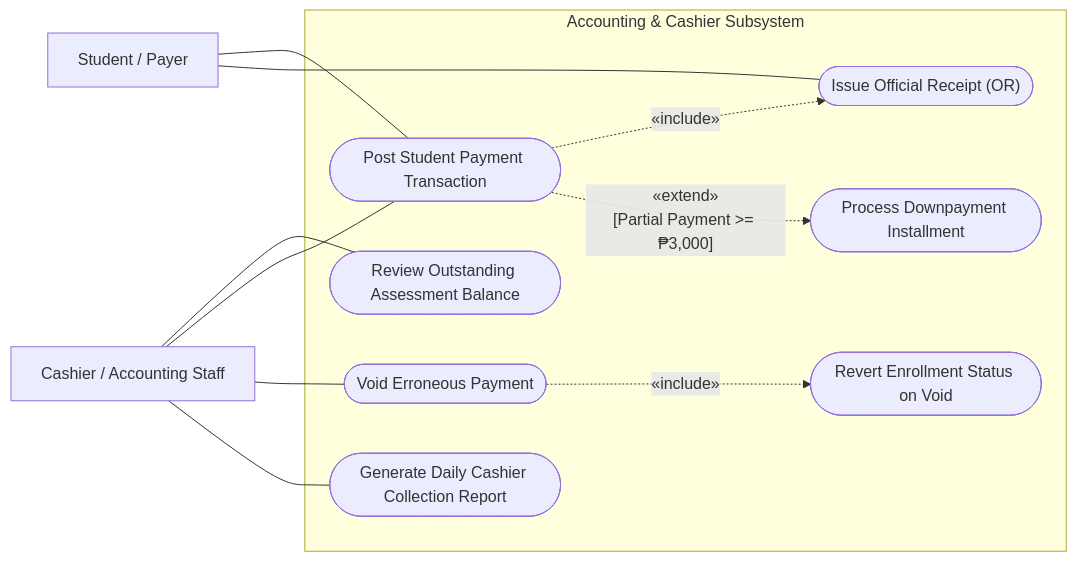
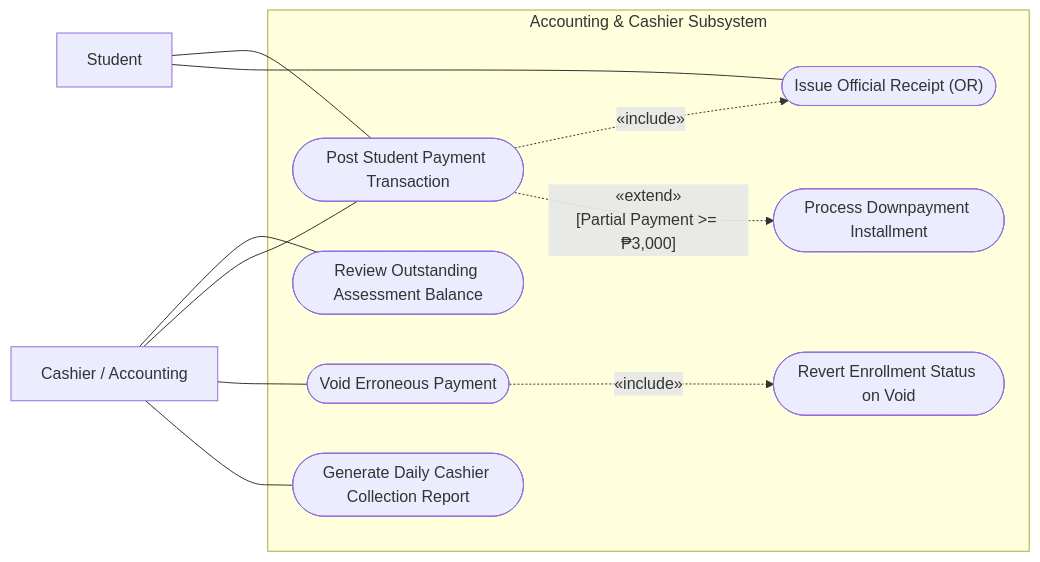
One commit to kirbygeagonia-create/EnrollmentManagementSystem changed the tenth of 17 diagrams in Documentation/Use-Case-Diagram-Guide.md. Above: the diagram before and after it, drawn with Mermaid. The commit also changed other lines of this file and 50 other files, not shown here.

First line of the commit message:
The use-case actors fold to one figure per role, and the stage words move to the prose

````diff
--- a/Documentation/Use-Case-Diagram-Guide.md
+++ b/Documentation/Use-Case-Diagram-Guide.md
@@ -502,27 +502,27 @@
 ```mermaid
 flowchart LR
-    A_Acc["Cashier / Accounting Staff"]
-    A_Stud["Student / Payer"]
+    A_Acc["Cashier / Accounting"]
+    A_Stud["Student"]
 
     subgraph SYSTEM ["Accounting & Cashier Subsystem"]
         UC_AC01(["Review Outstanding Assessment Balance"])
         UC_AC02(["Post Student Payment Transaction"])
         UC_AC03(["Issue Official Receipt (OR)"])
         UC_AC04(["Process Downpayment Installment"])
         UC_AC05(["Void Erroneous Payment"])
         UC_AC06(["Revert Enrollment Status on Void"])
         UC_AC07(["Generate Daily Cashier Collection Report"])
     end
 
     A_Acc --- UC_AC01
     A_Acc --- UC_AC02
     A_Acc --- UC_AC05
     A_Acc --- UC_AC07
 
     A_Stud --- UC_AC02
     A_Stud --- UC_AC03
 
     UC_AC02 -.->|"«include»"| UC_AC03
     UC_AC02 -.->|"«extend»\n[Partial Payment >= ₱3,000]"| UC_AC04
     UC_AC05 -.->|"«include»"| UC_AC06
 ```
````
